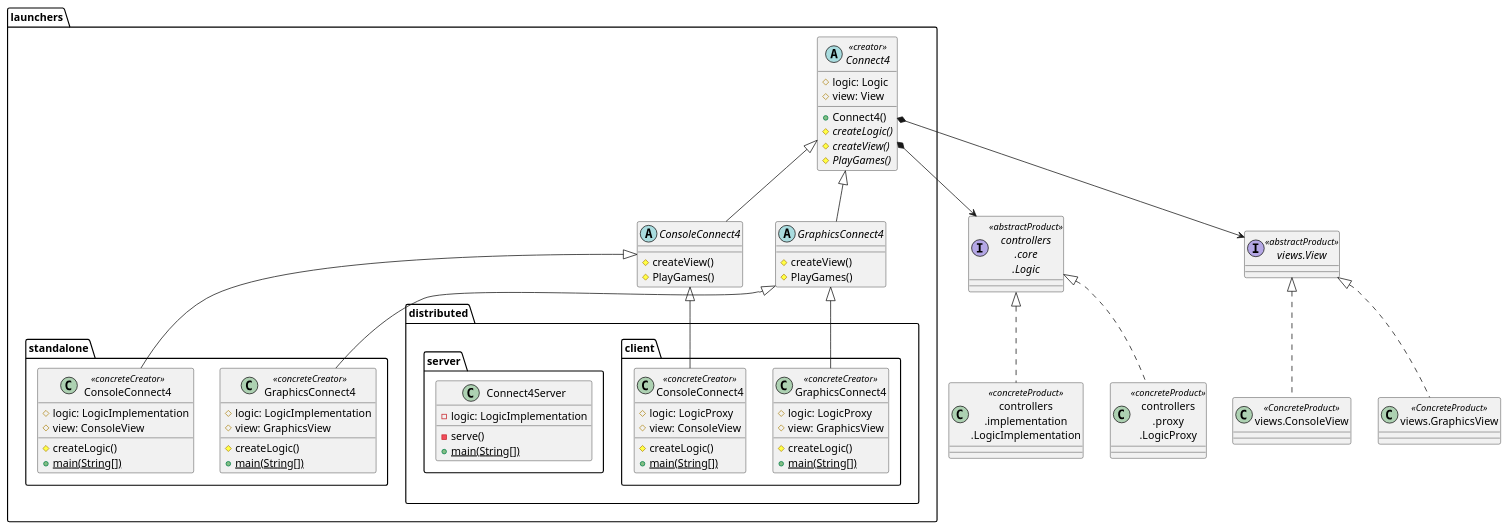
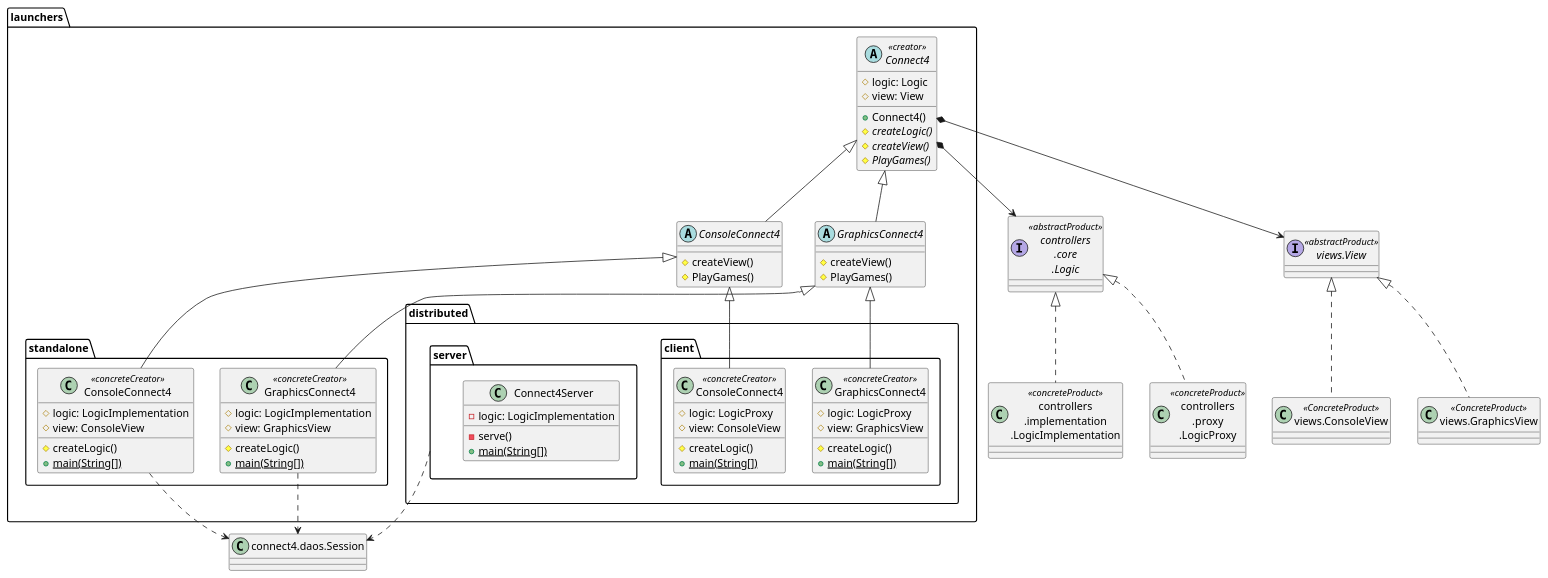
The diagram in connect4/Docs/diagrams/src/packages/connect4.connect4.launchers.plantuml (js-rom/connect4), drawn with PlantUML before and after one commit. The commit also changed 14 other files, not shown here.

```diff
--- a/connect4/Docs/diagrams/src/packages/connect4.connect4.launchers.plantuml
+++ b/connect4/Docs/diagrams/src/packages/connect4.connect4.launchers.plantuml
@@ -1,101 +1,106 @@
 @startuml connect4.connect4.launchers
 
 interface Logic as "controllers\n.core\n.Logic" <<abstractProduct>> 
 class LogicImplementation as "controllers\n.implementation\n.LogicImplementation" <<concreteProduct>>
 Logic <|.. LogicImplementation
 class LogicProxy as "controllers\n.proxy\n.LogicProxy" <<concreteProduct>>
 Logic <|.. LogicProxy
 
 class ConsoleView as "views.ConsoleView" <<ConcreteProduct>>
 class GraphicsView as "views.GraphicsView" <<ConcreteProduct>>
 interface View as "views.View" <<abstractProduct>>
 View <|.. ConsoleView
 View <|.. GraphicsView
 
 package "launchers" {
 
     abstract class launchers.Connect4 <<creator>> {
         # logic: Logic
         # view: View
         + Connect4()
         # {abstract}createLogic()
         # {abstract}createView()
         # {abstract} PlayGames()
     }
 
     abstract class launchers.ConsoleConnect4  {
         # createView()
         # PlayGames()
     }
     
     abstract class launchers.GraphicsConnect4 {
         # createView()
         # PlayGames()
     }
 
     Connect4 <|-- ConsoleConnect4
     Connect4 <|-- GraphicsConnect4
 
     package standalone {
     
         class ConsoleConnect4 <<concreteCreator>> {
             # logic: LogicImplementation
             # view: ConsoleView
             # createLogic()
             {static}+main(String[])
         }
         
         class GraphicsConnect4 <<concreteCreator>> {
             # logic: LogicImplementation
             # view: GraphicsView
             # createLogic()
             {static}+main(String[])
         }
     
     }
 
     launchers.ConsoleConnect4 <|-- standalone.ConsoleConnect4
     launchers.GraphicsConnect4 <|-- standalone.GraphicsConnect4
     
     
         package distributed {
         
             package client {
                 class ConsoleConnect4 <<concreteCreator>> {
                     # logic: LogicProxy
                     # view: ConsoleView
                     # createLogic()
                     {static}+main(String[])
                 }
         
                 class GraphicsConnect4 <<concreteCreator>> {
                     # logic: LogicProxy
                     # view: GraphicsView
                     # createLogic()
                     {static}+main(String[])
                 }
                 
                
             }
             package server {
                 class Connect4Server {
                     - logic: LogicImplementation
                     - serve()
                     {static}+main(String[])
                 }
             }
     
     }
 
     launchers.ConsoleConnect4 <|-- distributed.client.ConsoleConnect4
     launchers.GraphicsConnect4 <|-- distributed.client.GraphicsConnect4
     
 }
 
 launchers.Connect4 *--> Logic
 launchers.Connect4 *--> View
 
+class Session as "connect4.daos.Session"
+launchers.standalone.ConsoleConnect4 ..> Session
+launchers.standalone.GraphicsConnect4 ..> Session
+launchers.distributed.server ..> Session
+
 
 
 
 @enduml
```
